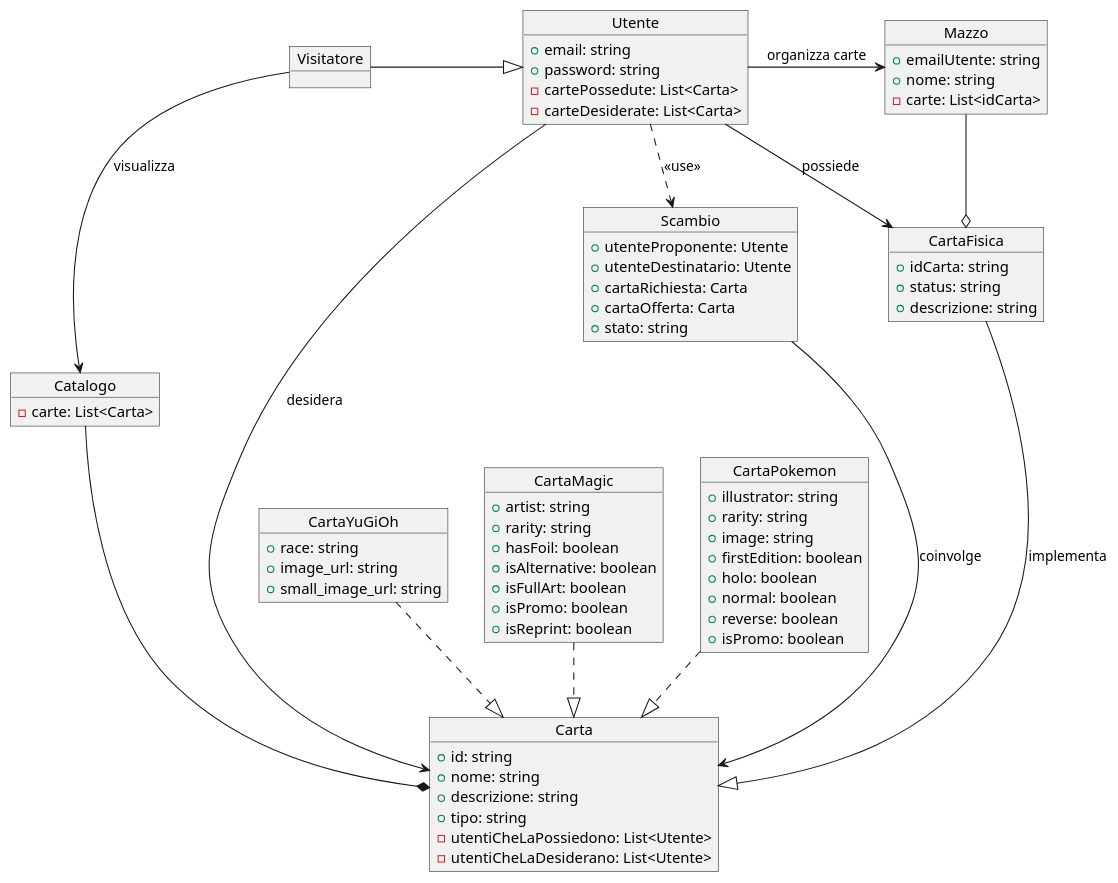
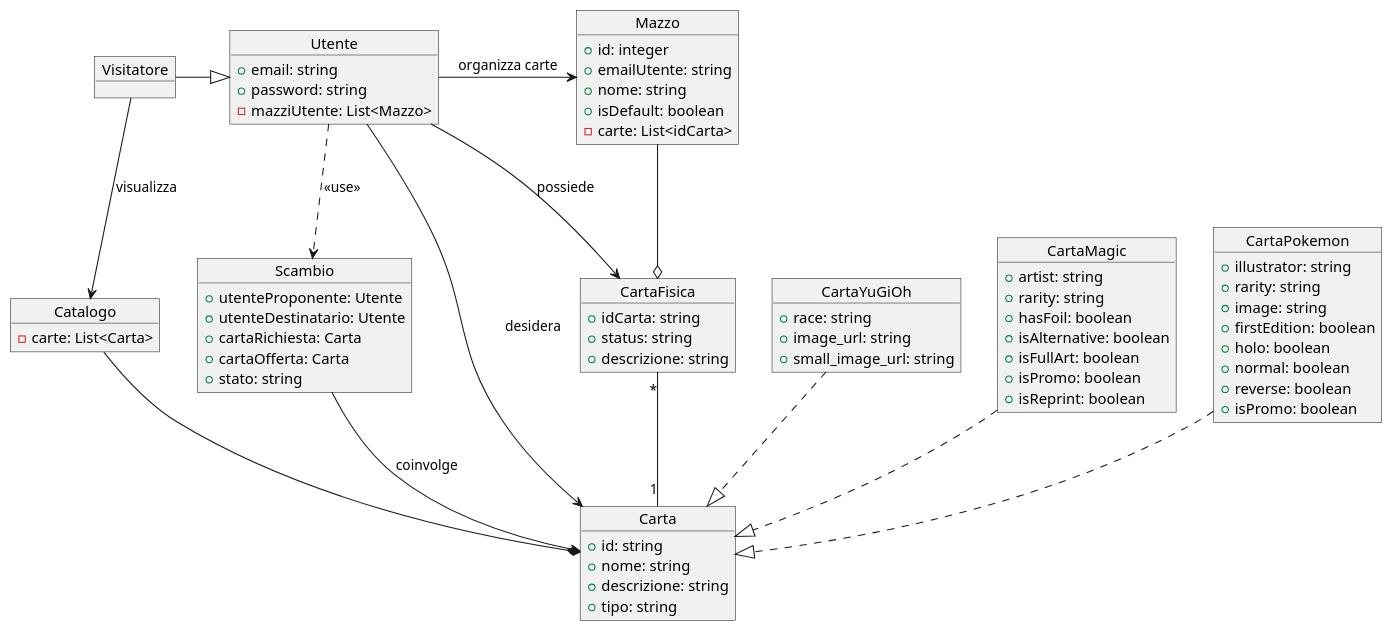
One commit to alessioarcara/Card-Exchange changed the diagram in DOC/Inception/Diagram/temp/dominio.puml. Above: the diagram before and after it, drawn with PlantUML. The commit also changed 2 other files, not shown here.

```diff
--- a/DOC/Inception/Diagram/temp/dominio.puml
+++ b/DOC/Inception/Diagram/temp/dominio.puml
@@ -1,92 +1,91 @@
 @startuml Dominio
 
 object Visitatore
 
 object Utente {
   +email: string
   +password: string
-  -cartePossedute: List<Carta>
-  -carteDesiderate: List<Carta>
+  -mazziUtente: List<Mazzo>
 }
 
 object Carta {
   +id: string
   +nome: string
   +descrizione: string
   +tipo: string
-  -utentiCheLaPossiedono: List<Utente>
-  -utentiCheLaDesiderano: List<Utente>
 }
 
 object CartaYuGiOh {
   +race: string
   +image_url: string
   +small_image_url: string
 }
 
 object CartaMagic {
   +artist: string
   +rarity: string
   +hasFoil: boolean
   +isAlternative: boolean
   +isFullArt: boolean
   +isPromo: boolean
   +isReprint: boolean
 }
 
 object CartaPokemon {
   +illustrator: string
   +rarity: string
   +image: string
   +firstEdition: boolean
   +holo: boolean
   +normal: boolean
   +reverse: boolean
   +isPromo: boolean
 }
 
 object CartaFisica {
   +idCarta: string
   +status: string
   +descrizione: string
 }
 
 object Mazzo {
+  +id: integer
   +emailUtente: string
   +nome: string
+  +isDefault: boolean
   -carte: List<idCarta>
 }
 
 object Catalogo {
   -carte: List<Carta>
 }
 
 object Scambio {
   +utenteProponente: Utente
   +utenteDestinatario: Utente
   +cartaRichiesta: Carta
   +cartaOfferta: Carta
   +stato: string
 }
 
 CartaYuGiOh ..^ Carta
 CartaMagic ..^ Carta
 CartaPokemon ..^ Carta
 
-CartaFisica -^ Carta : implementa
+CartaFisica "*"-"1" Carta
 
 Mazzo --o CartaFisica
 
-Scambio ---> Carta : coinvolge
+Scambio --> Carta : coinvolge
 
 Catalogo --* Carta
 
 Utente --> CartaFisica : possiede
 Utente --> Carta : desidera
 Utente ..> Scambio : <<use>>
 Utente -> Mazzo : organizza carte
 
 Visitatore -^ Utente
 Visitatore --> Catalogo : visualizza
 
 @enduml
```
